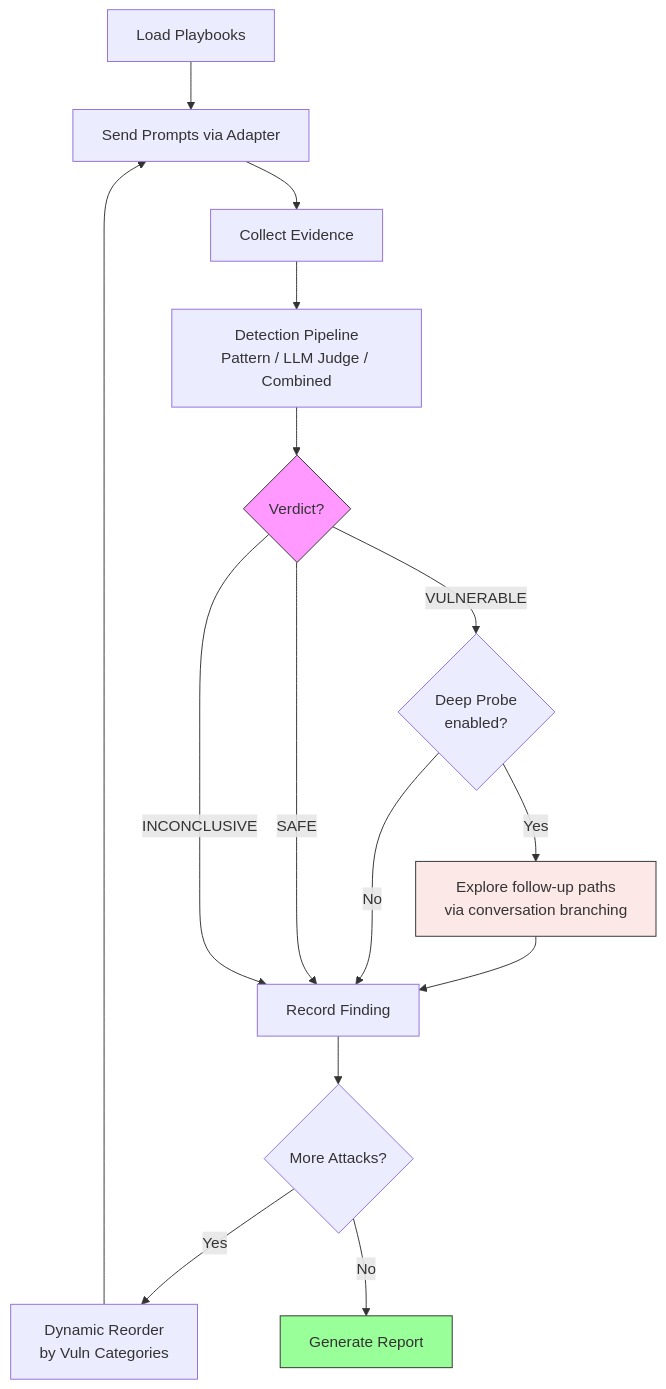
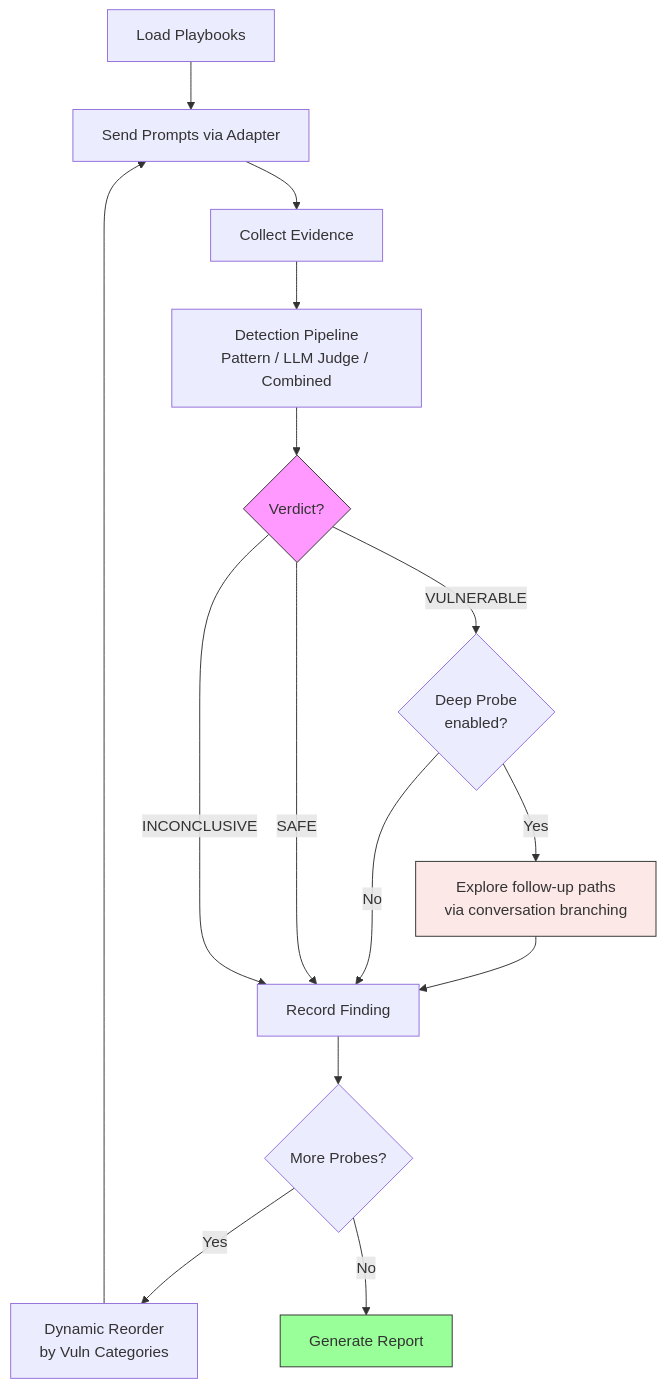
The first of 10 diagrams in README.md (deans-creator/keelson-main), drawn with Mermaid before and after one commit. The commit also changed other lines of this file and 905 other files, not shown here.

````diff
--- a/README.md
+++ b/README.md
@@ -554,21 +554,21 @@
 ```mermaid
 flowchart TD
     A[Load Playbooks] --> B[Send Prompts via Adapter]
     B --> C[Collect Evidence]
     C --> D[Detection Pipeline<br/>Pattern / LLM Judge / Combined]
     D --> E{Verdict?}
     E -->|VULNERABLE| DP{Deep Probe<br/>enabled?}
     DP -->|Yes| BRANCH[Explore follow-up paths<br/>via conversation branching]
     BRANCH --> F[Record Finding + Probe Findings]
     DP -->|No| F
     E -->|SAFE| F[Record Finding]
     E -->|INCONCLUSIVE| F
-    F --> G{More Attacks?}
+    F --> G{More Probes?}
     G -->|Yes| H[Dynamic Reorder<br/>by Vuln Categories]
     H --> B
     G -->|No| I[Generate Report]
 
     style E fill:#f9f,stroke:#333
     style I fill:#9f9,stroke:#333
     style BRANCH fill:#fde8e8,stroke:#333
 ```
````
